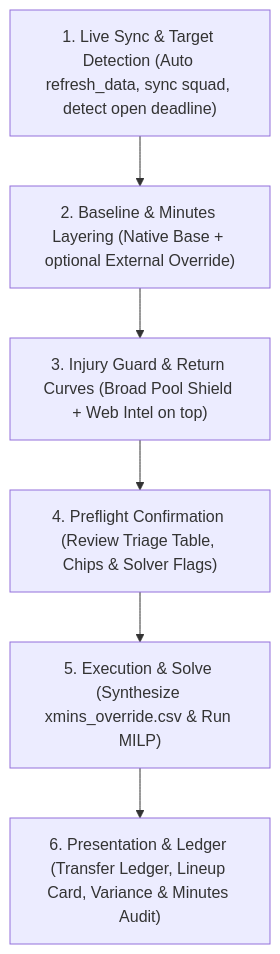
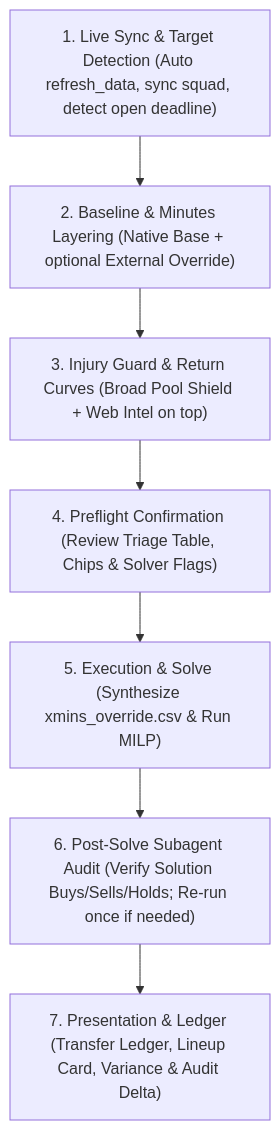
One commit to JubileeZ/fpl-jubilee-ascent changed the diagram in .agents/skills/transfer-planner/SKILL.md. Above: the diagram before and after it, drawn with Mermaid. The commit also changed other lines of this file and 4 other files, not shown here.

Commit message:
feat(planner): implement solution players audit and post-solve subagent verification loop

````diff
--- a/.agents/skills/transfer-planner/SKILL.md
+++ b/.agents/skills/transfer-planner/SKILL.md
@@ -32,8 +32,9 @@
 ```mermaid
 flowchart TD
     S1["1. Live Sync & Target Detection (Auto refresh_data, sync squad, detect open deadline)"] --> S2["2. Baseline & Minutes Layering (Native Base + optional External Override)"]
     S2 --> S3["3. Injury Guard & Return Curves (Broad Pool Shield + Web Intel on top)"]
     S3 --> S4["4. Preflight Confirmation (Review Triage Table, Chips & Solver Flags)"]
     S4 --> S5["5. Execution & Solve (Synthesize xmins_override.csv & Run MILP)"]
-    S5 --> S6["6. Presentation & Ledger (Transfer Ledger, Lineup Card, Variance & Minutes Audit)"]
+    S5 --> S6["6. Post-Solve Subagent Audit (Verify Solution Buys/Sells/Holds; Re-run once if needed)"]
+    S6 --> S7["7. Presentation & Ledger (Transfer Ledger, Lineup Card, Variance & Audit Delta)"]
 ```
````
